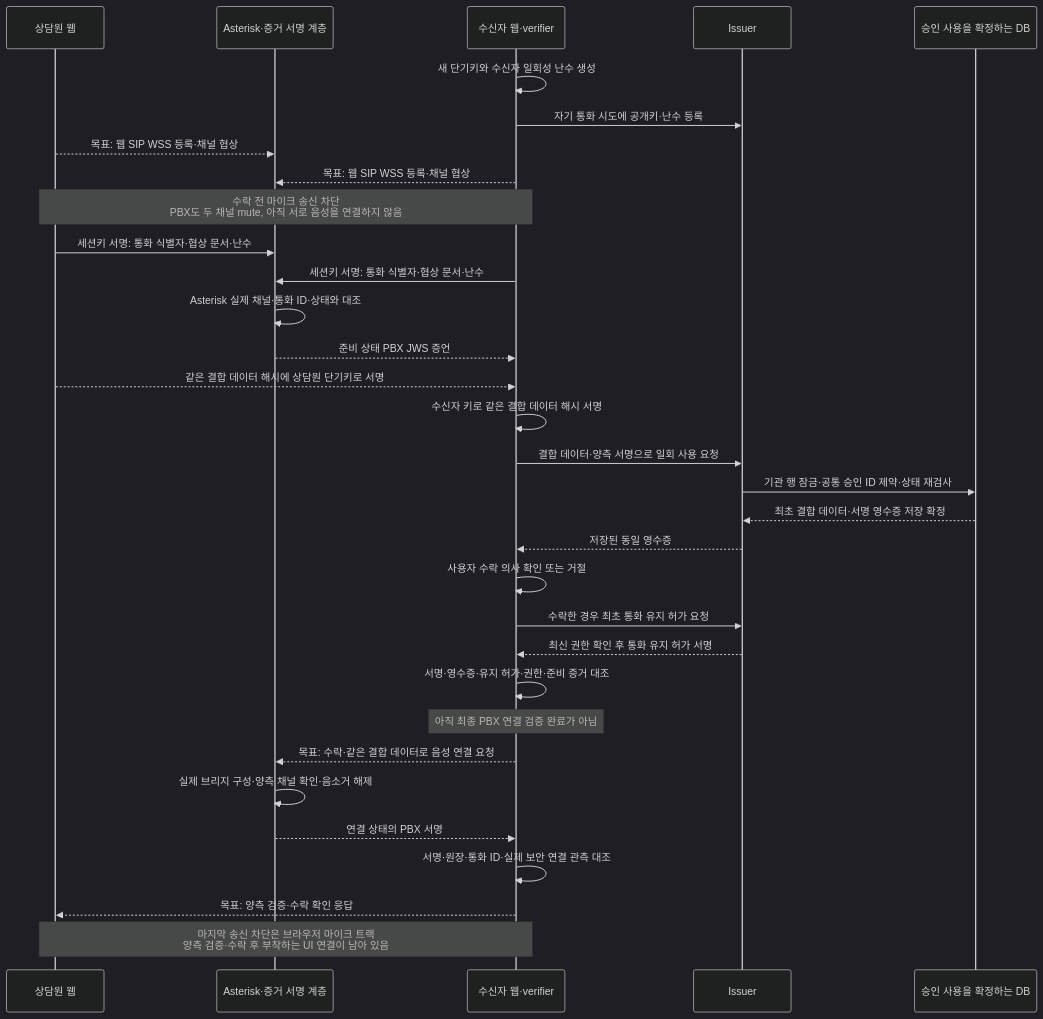
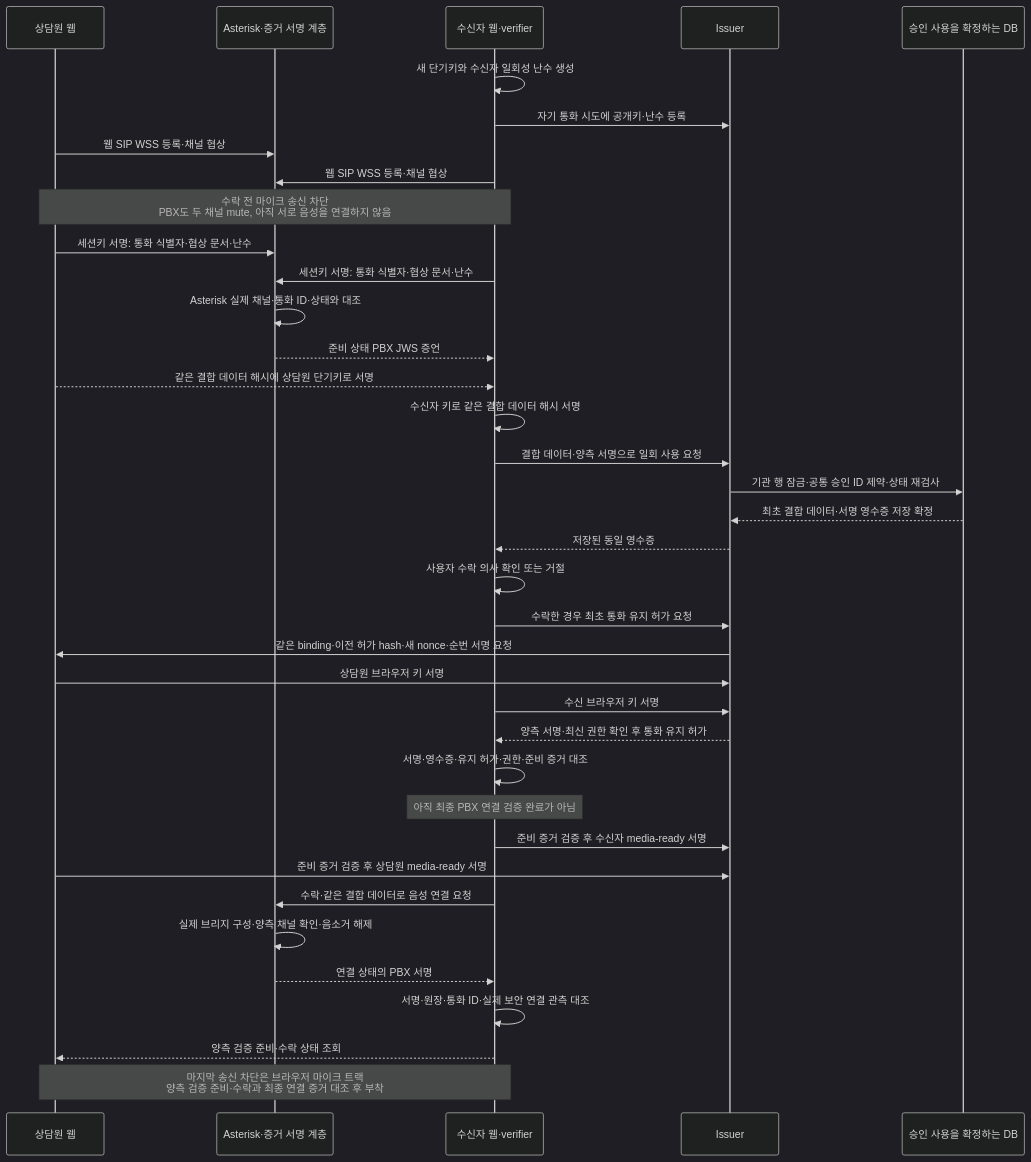
Before and after one commit to 0u-Y/CallSign: the second of 3 diagrams in docs/guide/03-CALL-FLOW.md, drawn with Mermaid (dark theme). The commit also changed other lines of this file and 21 other files, not shown here.

````diff
--- a/docs/guide/03-CALL-FLOW.md
+++ b/docs/guide/03-CALL-FLOW.md
@@ -38,34 +38,39 @@
 ```mermaid
 sequenceDiagram
   participant A as 상담원 웹
   participant P as Asterisk·증거 서명 계층
   participant R as 수신자 웹·verifier
   participant I as Issuer
   participant DB as 승인 사용을 확정하는 DB
   R->>R: 새 단기키와 수신자 일회성 난수 생성
   R->>I: 자기 통화 시도에 공개키·난수 등록
-  A-->>P: 목표: 웹 SIP WSS 등록·채널 협상
-  R-->>P: 목표: 웹 SIP WSS 등록·채널 협상
+  A->>P: 웹 SIP WSS 등록·채널 협상
+  R->>P: 웹 SIP WSS 등록·채널 협상
   Note over A,R: 수락 전 마이크 송신 차단<br/>PBX도 두 채널 mute, 아직 서로 음성을 연결하지 않음
   A->>P: 세션키 서명: 통화 식별자·협상 문서·난수
   R->>P: 세션키 서명: 통화 식별자·협상 문서·난수
   P->>P: Asterisk 실제 채널·통화 ID·상태와 대조
   P-->>R: 준비 상태 PBX JWS 증언
   A-->>R: 같은 결합 데이터 해시에 상담원 단기키로 서명
   R->>R: 수신자 키로 같은 결합 데이터 해시 서명
   R->>I: 결합 데이터·양측 서명으로 일회 사용 요청
   I->>DB: 기관 행 잠금·공통 승인 ID 제약·상태 재검사
   DB-->>I: 최초 결합 데이터·서명 영수증 저장 확정
   I-->>R: 저장된 동일 영수증
   R->>R: 사용자 수락 의사 확인 또는 거절
   R->>I: 수락한 경우 최초 통화 유지 허가 요청
-  I-->>R: 최신 권한 확인 후 통화 유지 허가 서명
+  I->>A: 같은 binding·이전 허가 hash·새 nonce·순번 서명 요청
+  A->>I: 상담원 브라우저 키 서명
+  R->>I: 수신 브라우저 키 서명
+  I-->>R: 양측 서명·최신 권한 확인 후 통화 유지 허가
   R->>R: 서명·영수증·유지 허가·권한·준비 증거 대조
   Note over R: 아직 최종 PBX 연결 검증 완료가 아님
-  R-->>P: 목표: 수락·같은 결합 데이터로 음성 연결 요청
+  R->>I: 준비 증거 검증 후 수신자 media-ready 서명
+  A->>I: 준비 증거 검증 후 상담원 media-ready 서명
+  R->>P: 수락·같은 결합 데이터로 음성 연결 요청
   P->>P: 실제 브리지 구성·양측 채널 확인·음소거 해제
   P-->>R: 연결 상태의 PBX 서명
   R->>R: 서명·원장·통화 ID·실제 보안 연결 관측 대조
-  R-->>A: 목표: 양측 검증·수락 확인 응답
-  Note over A,R: 마지막 송신 차단은 브라우저 마이크 트랙<br/>양측 검증·수락 후 부착하는 UI 연결이 남아 있음
+  R-->>A: 양측 검증 준비·수락 상태 조회
+  Note over A,R: 마지막 송신 차단은 브라우저 마이크 트랙<br/>양측 검증 준비·수락과 최종 연결 증거 대조 후 부착
 ```
````
